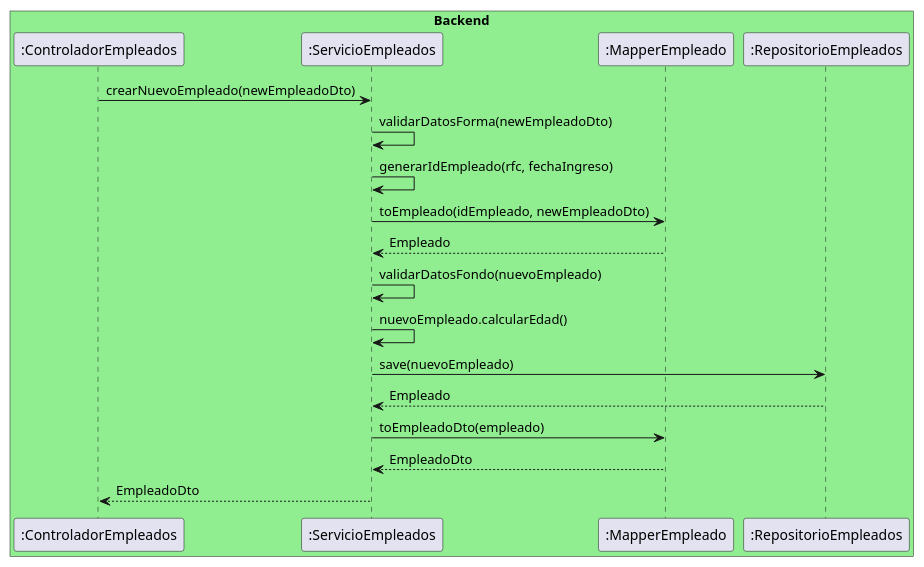
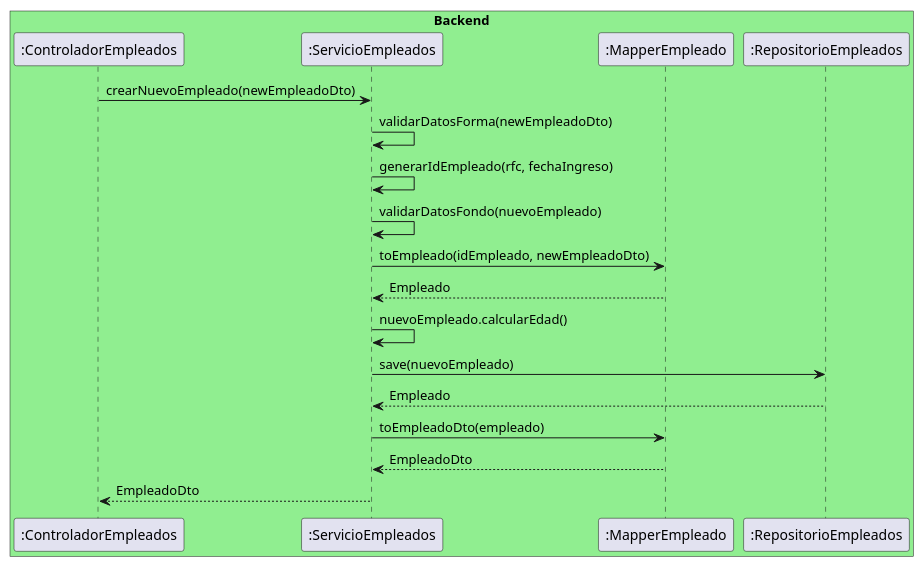
One commit to migueGO98/ProyectoSID changed the diagram in docs/diagramasSecuencia/backend/HU-01.puml. Above: the diagram before and after it, drawn with PlantUML. The commit also changed other lines of this file and 1 other file, not shown here.

```diff
--- a/docs/diagramasSecuencia/backend/HU-01.puml
+++ b/docs/diagramasSecuencia/backend/HU-01.puml
@@ -1,23 +1,23 @@
 @startuml
 'https://plantuml.com/sequence-diagram
 
 box "Backend" #LightGreen
     participant ":ControladorEmpleados" as controller
     participant ":ServicioEmpleados" as service
     participant ":MapperEmpleado" as mapper
     participant ":RepositorioEmpleados" as repository
 end box
 
 controller -> service: crearNuevoEmpleado(newEmpleadoDto)
 service -> service: validarDatosForma(newEmpleadoDto)
 service -> service: generarIdEmpleado(rfc, fechaIngreso)
+service -> service: validarDatosFondo(nuevoEmpleado)
 service -> mapper: toEmpleado(idEmpleado, newEmpleadoDto)
 mapper --> service: Empleado
-service -> service: validarDatosFondo(nuevoEmpleado)
 service -> service: nuevoEmpleado.calcularEdad()
 service -> repository: save(nuevoEmpleado)
 repository --> service: Empleado
 service -> mapper: toEmpleadoDto(empleado)
 mapper --> service: EmpleadoDto
 service --> controller: EmpleadoDto
 @enduml
```
